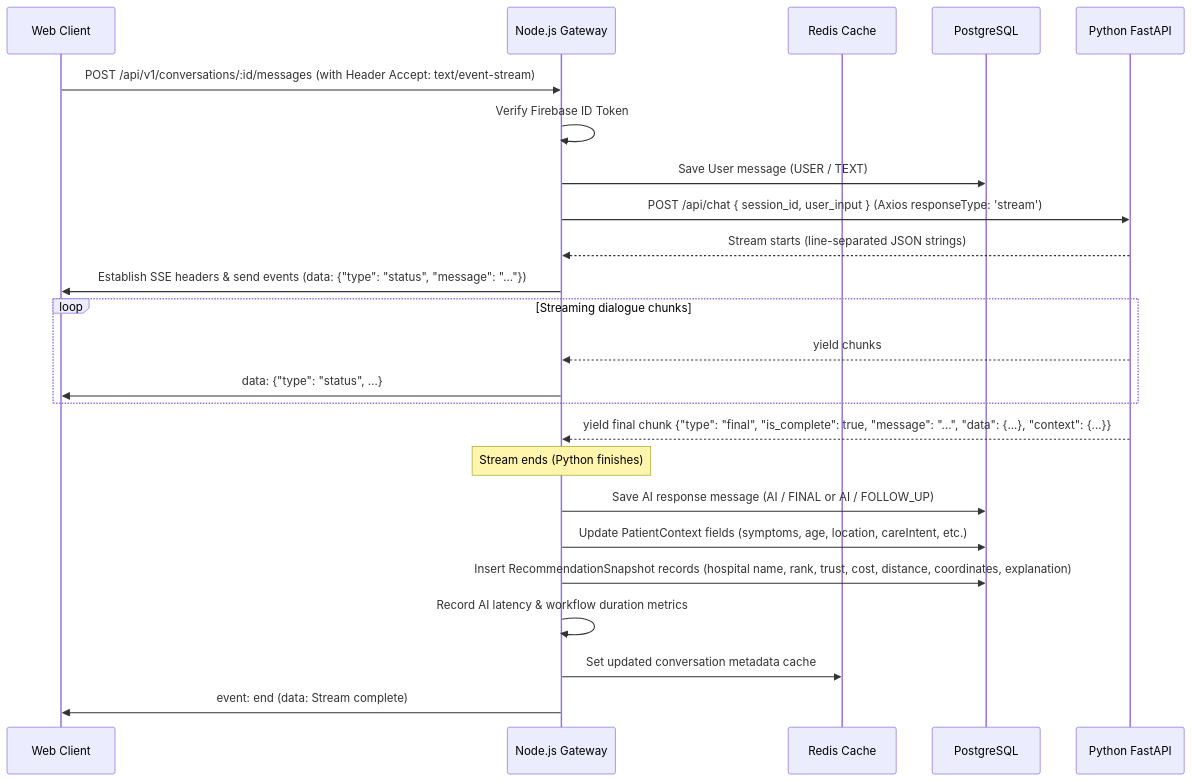
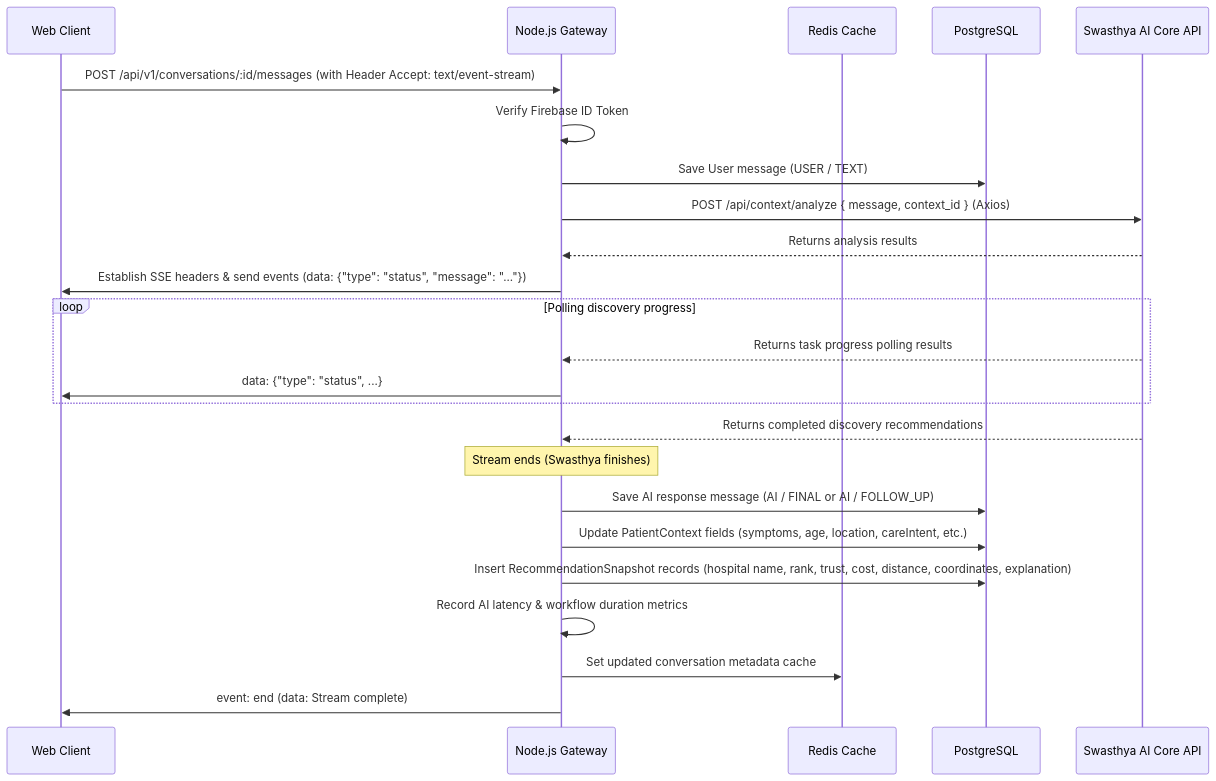
One commit to Amankumar140/MedPath changed the diagram in server/src/modules/conversations/README.md. Above: the diagram before and after it, drawn with Mermaid. The commit also changed other lines of this file and 56 other files, not shown here.

````diff
--- a/server/src/modules/conversations/README.md
+++ b/server/src/modules/conversations/README.md
@@ -22,31 +22,31 @@
 ```mermaid
 sequenceDiagram
     participant Client as Web Client
     participant Node as Node.js Gateway
     participant Cache as Redis Cache
     participant DB as PostgreSQL
-    participant Py as Python FastAPI
+    participant Swasthya as Swasthya AI Core API
 
     Client->>Node: POST /api/v1/conversations/:id/messages (with Header Accept: text/event-stream)
     Node->>Node: Verify Firebase ID Token
     Node->>DB: Save User message (USER / TEXT)
-    Node->>Py: POST /api/chat { session_id, user_input } (Axios responseType: 'stream')
+    Node->>Swasthya: POST /api/context/analyze { message, context_id } (Axios)
     
-    Py-->>Node: Stream starts (line-separated JSON strings)
+    Swasthya-->>Node: Returns analysis results
     Node->>Client: Establish SSE headers & send events (data: {"type": "status", "message": "..."})
 
-    loop Streaming dialogue chunks
-        Py-->>Node: yield chunks
+    loop Polling discovery progress
+        Swasthya-->>Node: Returns task progress polling results
         Node->>Client: data: {"type": "status", ...}
     end
 
-    Py-->>Node: yield final chunk {"type": "final", "is_complete": true, "message": "...", "data": {...}, "context": {...}}
+    Swasthya-->>Node: Returns completed discovery recommendations
     
-    Note over Node: Stream ends (Python finishes)
+    Note over Node: Stream ends (Swasthya finishes)
     Node->>DB: Save AI response message (AI / FINAL or AI / FOLLOW_UP)
     Node->>DB: Update PatientContext fields (symptoms, age, location, careIntent, etc.)
     Node->>DB: Insert RecommendationSnapshot records (hospital name, rank, trust, cost, distance, coordinates, explanation)
     Node->>Node: Record AI latency & workflow duration metrics
     Node->>Cache: Set updated conversation metadata cache
     Node->>Client: event: end (data: Stream complete)
 ```
````
